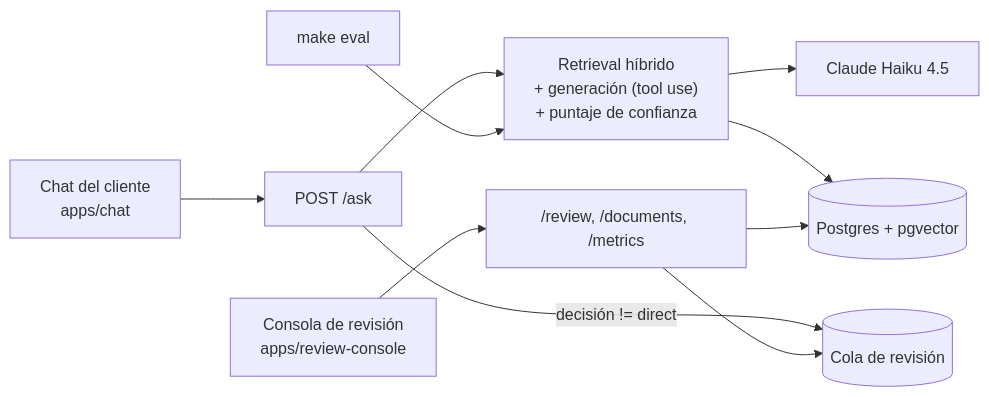
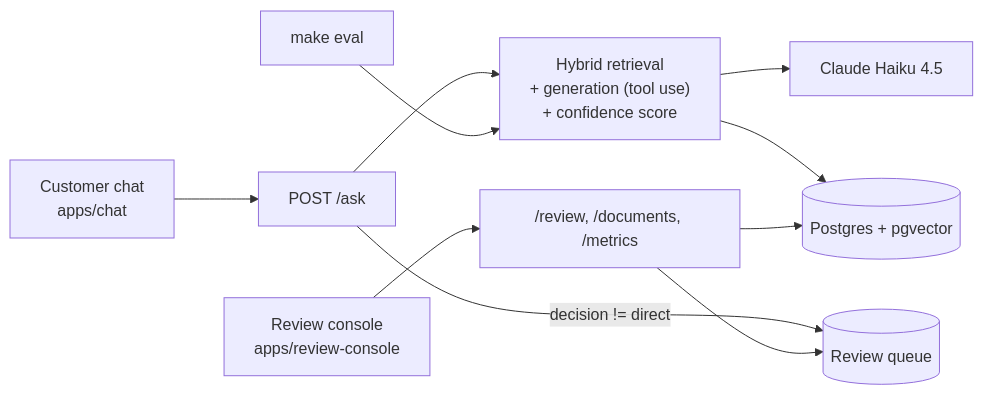
Before and after one commit to iamhosto10/tecnoandes-assist: the diagram in README.md, drawn with Mermaid. The commit also changed other lines of this file, not shown here.

````diff
--- a/README.md
+++ b/README.md
@@ -45,14 +45,14 @@
 ```mermaid
 flowchart LR
-    Chat["Chat del cliente<br/>apps/chat"] --> Ask["POST /ask"]
-    Console["Consola de revisión<br/>apps/review-console"] --> Review["/review, /documents, /metrics"]
+    Chat["Customer chat<br/>apps/chat"] --> Ask["POST /ask"]
+    Console["Review console<br/>apps/review-console"] --> Review["/review, /documents, /metrics"]
 
-    Ask --> Pipeline["Retrieval híbrido<br/>+ generación (tool use)<br/>+ puntaje de confianza"]
+    Ask --> Pipeline["Hybrid retrieval<br/>+ generation (tool use)<br/>+ confidence score"]
     Pipeline --> Claude["Claude Haiku 4.5"]
     Pipeline --> DB[("Postgres + pgvector")]
-    Ask -->|decisión != direct| Cola[("Cola de revisión")]
-    Review --> Cola
+    Ask -->|decision != direct| Queue[("Review queue")]
+    Review --> Queue
     Review --> DB
 
     Eval["make eval"] --> Pipeline
 ```
````
